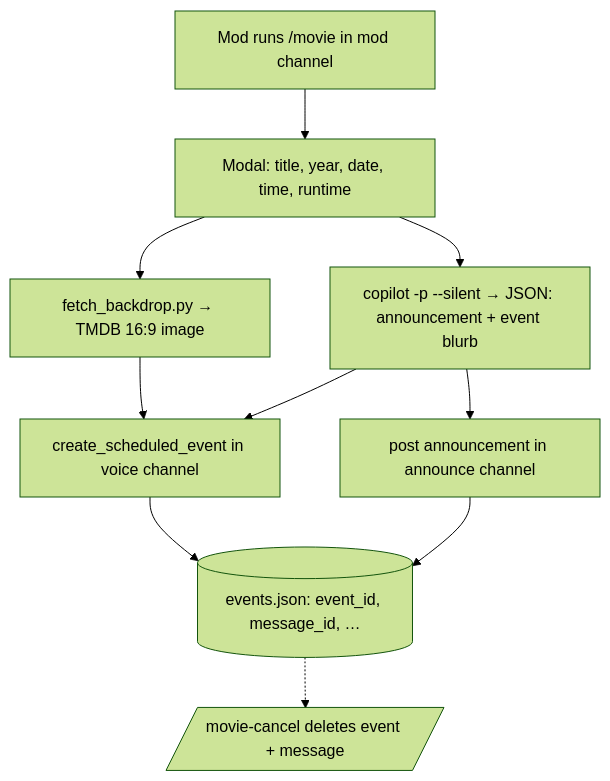
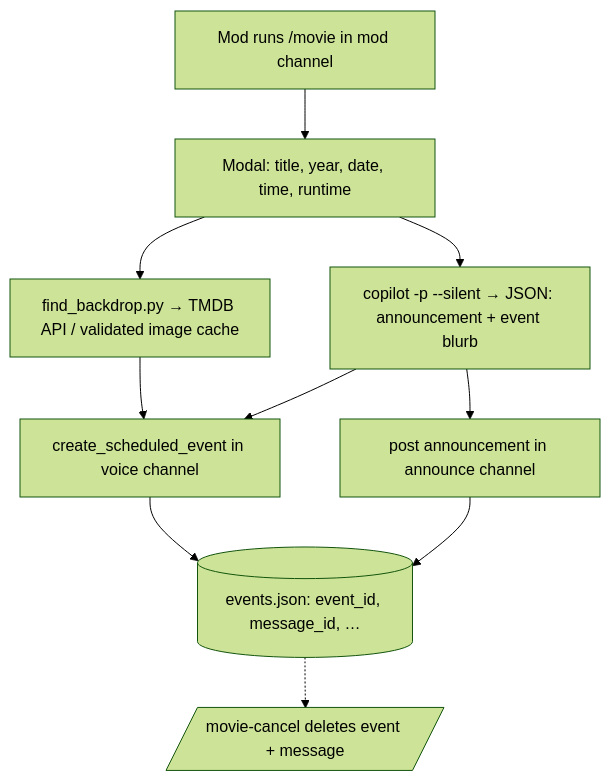
Before and after one commit to M1XZG/movie-night-bot: the first of 2 diagrams in README.md, drawn with Mermaid (forest theme). The commit also changed other lines of this file and 8 other files, not shown here.

First line of the commit message:
Fix movie backdrops using the official TMDB API (#5)

````diff
--- a/README.md
+++ b/README.md
@@ -57,12 +57,12 @@
 ```mermaid
 flowchart TD
     A[Mod runs /movie in mod channel] --> B[Modal: title, year, date, time, runtime]
-    B --> C[fetch_backdrop.py → TMDB 16:9 image]
+    B --> C[find_backdrop.py → TMDB API / validated image cache]
     B --> D[copilot -p --silent → JSON: announcement + event blurb]
     C --> E[create_scheduled_event in voice channel]
     D --> E
     D --> F[post announcement in announce channel]
     E --> G[(events.json: event_id, message_id, …)]
     F --> G
     G -.-> H[/movie-cancel deletes event + message/]
 ```
````
